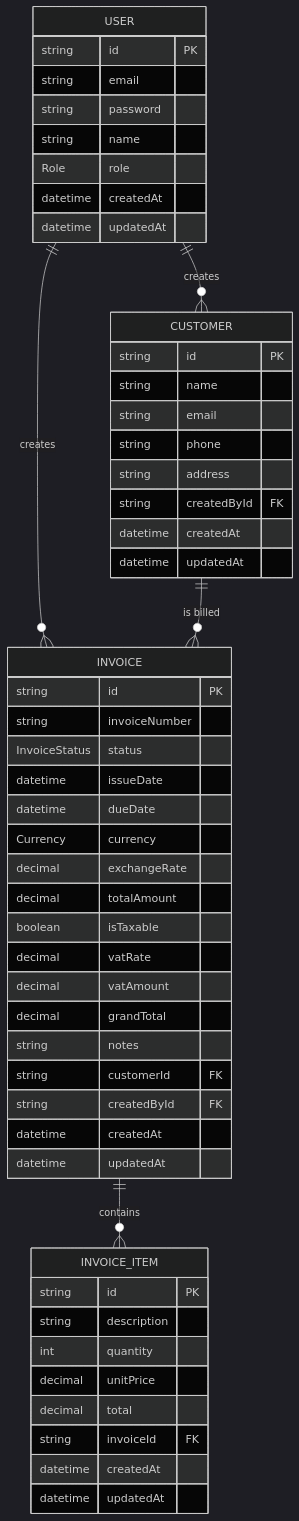
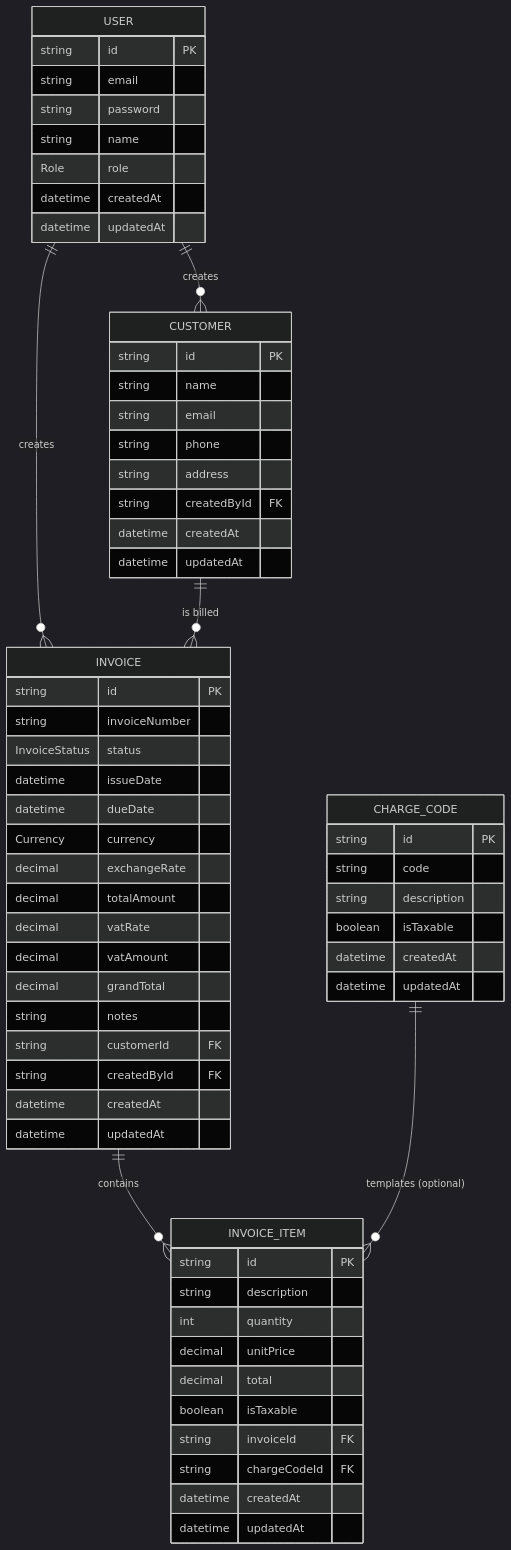
The diagram in docs/ERD.md (ryananjasmara/meis-nestjs), drawn with Mermaid (dark theme) before and after one commit. The commit also changed other lines of this file and 1 other file, not shown here.

````diff
--- a/docs/ERD.md
+++ b/docs/ERD.md
@@ -5,59 +5,70 @@
 ```mermaid
 erDiagram
     USER {
         string id PK
         string email
         string password
         string name
         Role role
         datetime createdAt
         datetime updatedAt
     }
 
     CUSTOMER {
         string id PK
         string name
         string email
         string phone
         string address
         string createdById FK
         datetime createdAt
         datetime updatedAt
     }
 
     INVOICE {
         string id PK
         string invoiceNumber
         InvoiceStatus status
         datetime issueDate
         datetime dueDate
         Currency currency
         decimal exchangeRate
         decimal totalAmount
-        boolean isTaxable
         decimal vatRate
         decimal vatAmount
         decimal grandTotal
         string notes
         string customerId FK
         string createdById FK
         datetime createdAt
         datetime updatedAt
     }
 
     INVOICE_ITEM {
         string id PK
         string description
         int quantity
         decimal unitPrice
         decimal total
+        boolean isTaxable
         string invoiceId FK
+        string chargeCodeId FK
+        datetime createdAt
+        datetime updatedAt
+    }
+
+    CHARGE_CODE {
+        string id PK
+        string code
+        string description
+        boolean isTaxable
         datetime createdAt
         datetime updatedAt
     }
 
     USER ||--o{ CUSTOMER : "creates"
     USER ||--o{ INVOICE : "creates"
     CUSTOMER ||--o{ INVOICE : "is billed"
     INVOICE ||--o{ INVOICE_ITEM : "contains"
+    CHARGE_CODE ||--o{ INVOICE_ITEM : "templates (optional)"
 ```
````
